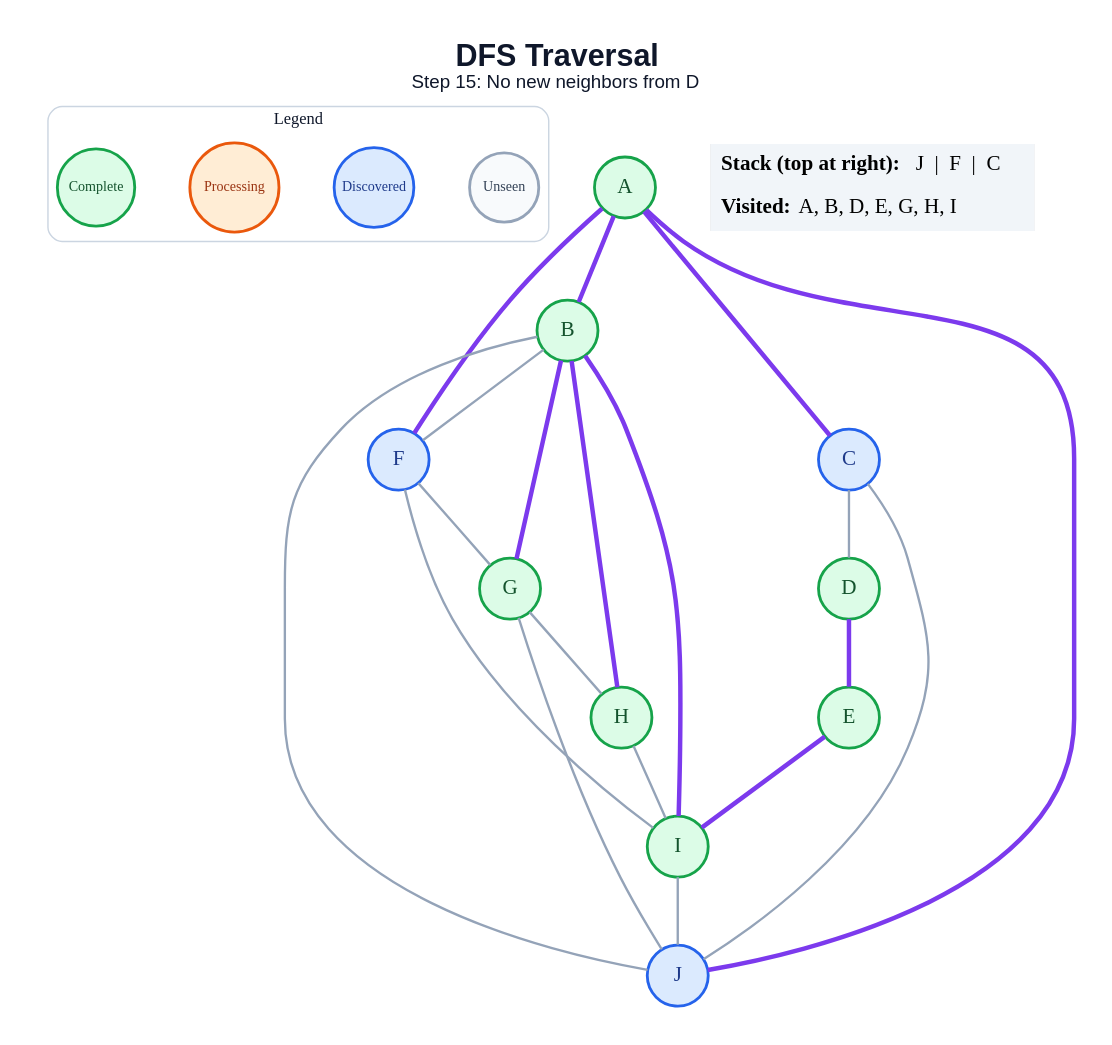
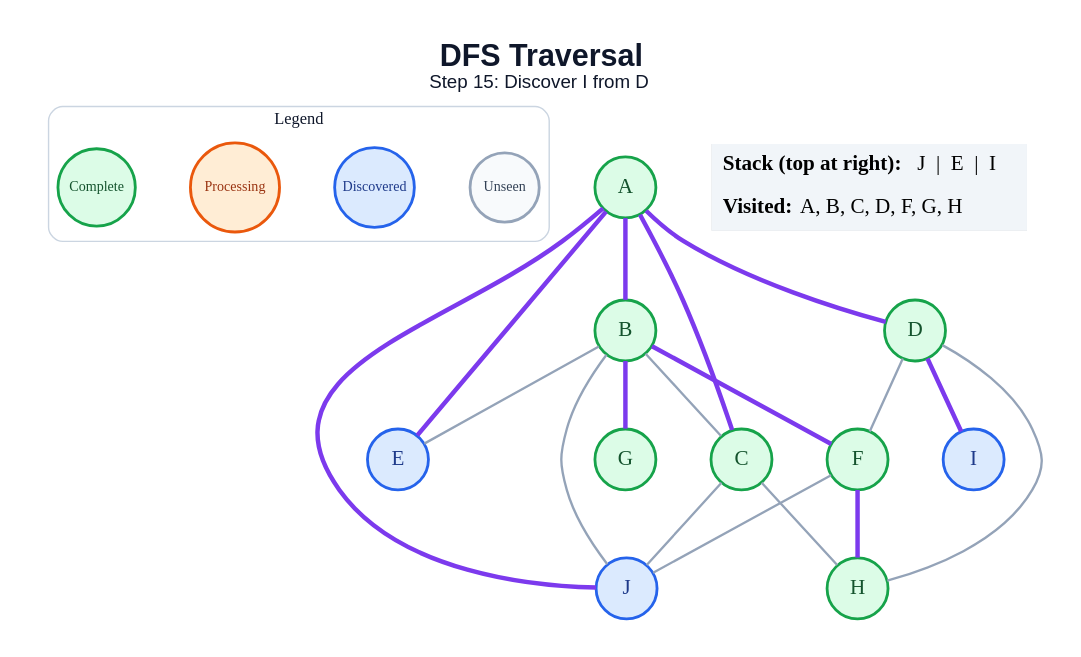
The diagram in generated/dfs/step_15.dot (amanghodawala9/ai-slop), drawn with Graphviz before and after one commit. The commit also changed 178 other files, not shown here.

```diff
--- a/generated/dfs/step_15.dot
+++ b/generated/dfs/step_15.dot
@@ -1,48 +1,46 @@
 graph traversal {
   graph [layout=dot, rankdir=TB, bgcolor="#FFFFFF", pad="0.35", nodesep="0.65", ranksep="0.8", fontname="Arial"];
   node [shape=circle, style="filled", fontname="Arial Bold", fontsize=18, width=0.72, fixedsize=true, penwidth=2.4];
   edge [color="#94A3B8", penwidth=2.0];
-  label=<<B>DFS Traversal</B><BR/><FONT POINT-SIZE="16">Step 15: No new neighbors from D</FONT>>; labelloc="t"; fontsize=26; fontname="Arial"; fontcolor="#0F172A";
+  label=<<B>DFS Traversal</B><BR/><FONT POINT-SIZE="16">Step 15: Discover I from D</FONT>>; labelloc="t"; fontsize=26; fontname="Arial"; fontcolor="#0F172A";
   subgraph cluster_legend { label="Legend"; color="#CBD5E1"; penwidth=1.2; style="rounded"; fontsize=14; fontname="Arial Bold";
     key_unseen [label="Unseen", fillcolor="#F8FAFC", color="#94A3B8", fontcolor="#334155", fontsize=12, width=0.82];
     key_frontier [label="Discovered", fillcolor="#DBEAFE", color="#2563EB", fontcolor="#1E3A8A", fontsize=12, width=0.95];
     key_current [label="Processing", fillcolor="#FFEDD5", color="#EA580C", fontcolor="#9A3412", fontsize=12, width=1.05];
     key_done [label="Complete", fillcolor="#DCFCE7", color="#16A34A", fontcolor="#14532D", fontsize=12, width=0.92];
     { rank=same; key_unseen; key_frontier; key_current; key_done; }
   }
   A [fillcolor="#DCFCE7", color="#16A34A", fontcolor="#14532D"];
   B [fillcolor="#DCFCE7", color="#16A34A", fontcolor="#14532D"];
-  C [fillcolor="#DBEAFE", color="#2563EB", fontcolor="#1E3A8A"];
+  C [fillcolor="#DCFCE7", color="#16A34A", fontcolor="#14532D"];
   D [fillcolor="#DCFCE7", color="#16A34A", fontcolor="#14532D"];
-  E [fillcolor="#DCFCE7", color="#16A34A", fontcolor="#14532D"];
-  F [fillcolor="#DBEAFE", color="#2563EB", fontcolor="#1E3A8A"];
+  E [fillcolor="#DBEAFE", color="#2563EB", fontcolor="#1E3A8A"];
+  F [fillcolor="#DCFCE7", color="#16A34A", fontcolor="#14532D"];
   G [fillcolor="#DCFCE7", color="#16A34A", fontcolor="#14532D"];
   H [fillcolor="#DCFCE7", color="#16A34A", fontcolor="#14532D"];
-  I [fillcolor="#DCFCE7", color="#16A34A", fontcolor="#14532D"];
+  I [fillcolor="#DBEAFE", color="#2563EB", fontcolor="#1E3A8A"];
   J [fillcolor="#DBEAFE", color="#2563EB", fontcolor="#1E3A8A"];
   A -- B [color="#7C3AED", penwidth=3.8];
   A -- C [color="#7C3AED", penwidth=3.8];
-  A -- F [color="#7C3AED", penwidth=3.8];
+  A -- D [color="#7C3AED", penwidth=3.8];
+  A -- E [color="#7C3AED", penwidth=3.8];
   A -- J [color="#7C3AED", penwidth=3.8];
-  B -- F;
+  B -- C;
+  B -- E;
+  B -- F [color="#7C3AED", penwidth=3.8];
   B -- G [color="#7C3AED", penwidth=3.8];
-  B -- H [color="#7C3AED", penwidth=3.8];
-  B -- I [color="#7C3AED", penwidth=3.8];
   B -- J;
-  C -- D;
+  C -- H;
   C -- J;
-  D -- E [color="#7C3AED", penwidth=3.8];
-  E -- I [color="#7C3AED", penwidth=3.8];
-  F -- G;
-  F -- I;
-  G -- H;
-  G -- J;
-  H -- I;
-  I -- J;
+  D -- F;
+  D -- H;
+  D -- I [color="#7C3AED", penwidth=3.8];
+  F -- H [color="#7C3AED", penwidth=3.8];
+  F -- J;
   status [shape=plain, fixedsize=false, width=0, height=0, margin=0, label=<
     <TABLE BORDER="0" CELLBORDER="0" CELLPADDING="7" BGCOLOR="#F1F5F9">
-      <TR><TD ALIGN="LEFT"><B>Stack (top at right):</B> J  |  F  |  C</TD></TR>
-      <TR><TD ALIGN="LEFT"><B>Visited:</B> A, B, D, E, G, H, I</TD></TR>
+      <TR><TD ALIGN="LEFT"><B>Stack (top at right):</B> J  |  E  |  I</TD></TR>
+      <TR><TD ALIGN="LEFT"><B>Visited:</B> A, B, C, D, F, G, H</TD></TR>
     </TABLE>
   >];
 }
```
